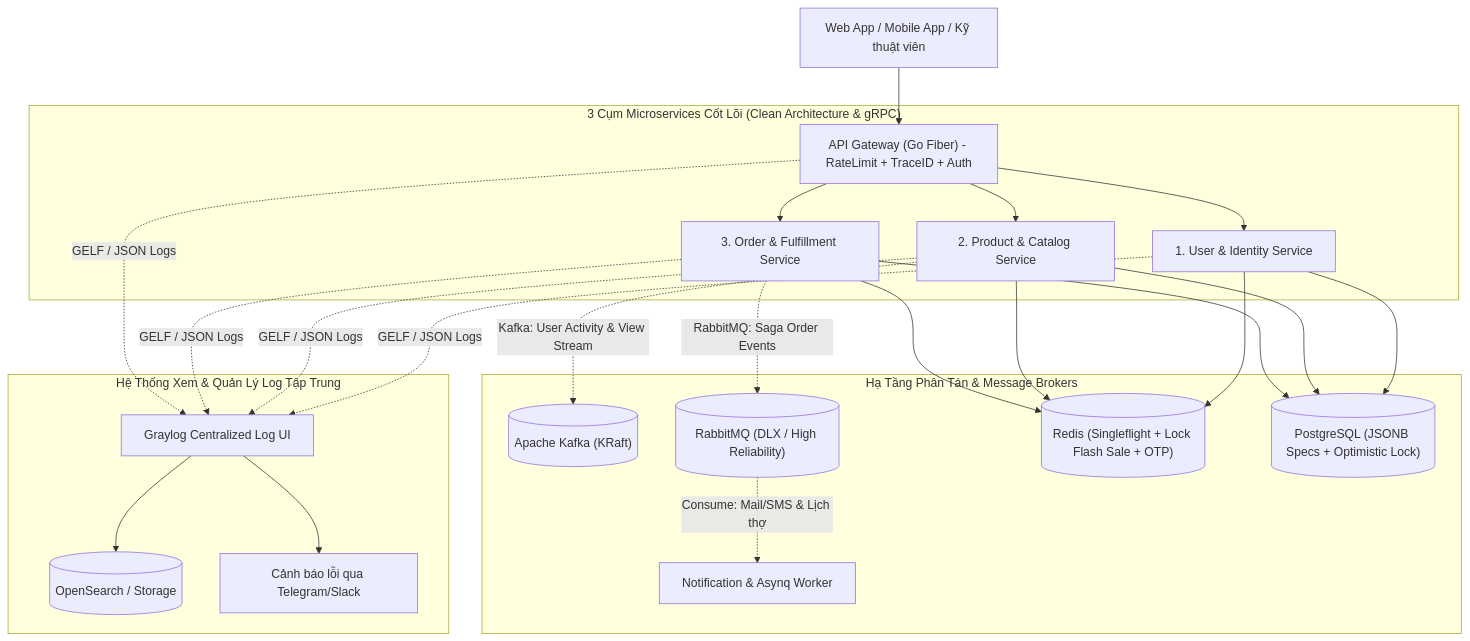
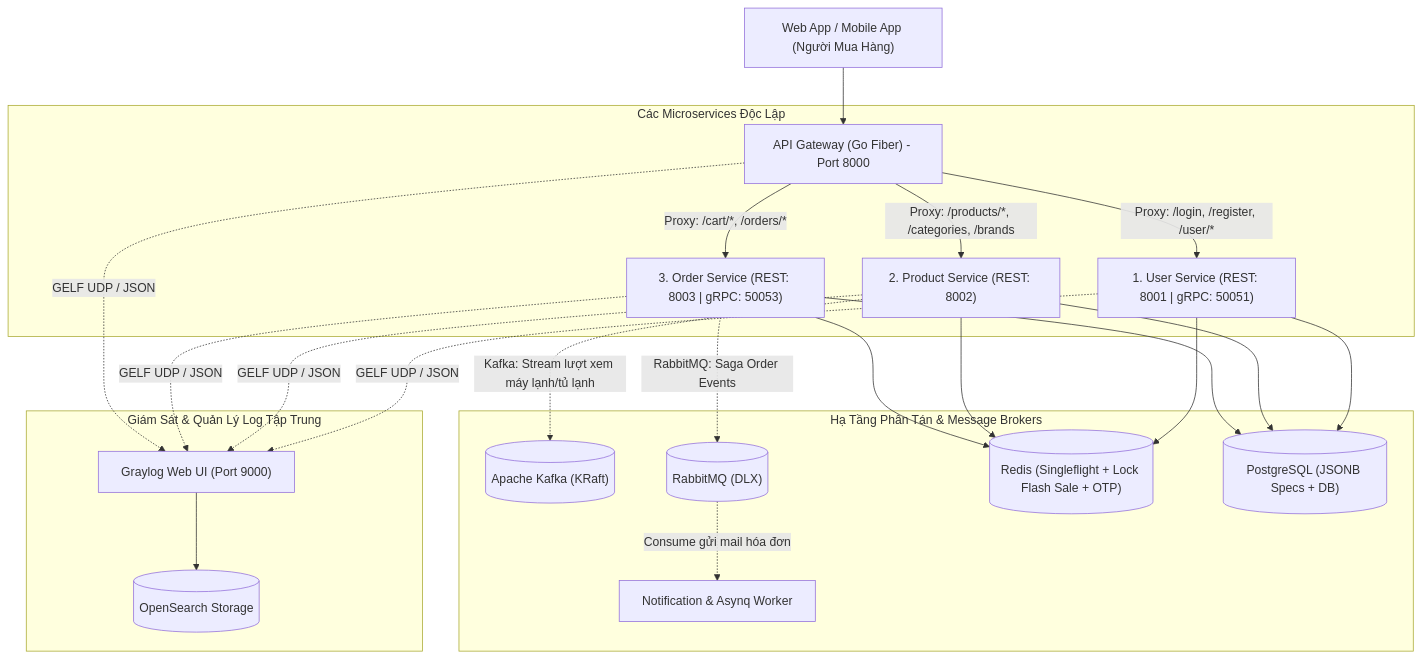
Before and after one commit to PearTNhat/microservice-ecomerce: the first of 2 diagrams in ROADMAP_MICROSERVICES.md, drawn with Mermaid. The commit also changed other lines of this file and 20 other files, not shown here.

Commit message:
feat: implement product microservice with Redis caching, Kafka event tracking, and singleflight optimization

````diff
--- a/ROADMAP_MICROSERVICES.md
+++ b/ROADMAP_MICROSERVICES.md
@@ -12,24 +12,23 @@
 ```mermaid
 graph TB
-    Client["Web App / Mobile App / Kỹ thuật viên"] --> Gateway["API Gateway (Go Fiber) - RateLimit + TraceID + Auth"]
+    Client["Web App / Mobile App (Người Mua Hàng)"] --> Gateway["API Gateway (Go Fiber) - Port 8000"]
 
-    subgraph CoreServices["3 Cụm Microservices Cốt Lõi (Clean Architecture & gRPC)"]
-        Gateway --> S1["1. User & Identity Service"]
-        Gateway --> S2["2. Product & Catalog Service"]
-        Gateway --> S3["3. Order & Fulfillment Service"]
+    subgraph IndependentMicroservices["Các Microservices Độc Lập"]
+        Gateway -->|"Proxy: /login, /register, /user/*"| S1["1. User Service (REST: 8001 | gRPC: 50051)"]
+        Gateway -->|"Proxy: /products/*, /categories, /brands"| S2["2. Product Service (REST: 8002)"]
+        Gateway -->|"Proxy: /cart/*, /orders/*"| S3["3. Order Service (REST: 8003 | gRPC: 50053)"]
     end
 
-    subgraph ObservabilityLayer["Hệ Thống Xem & Quản Lý Log Tập Trung"]
-        S1 & S2 & S3 & Gateway -.->|"GELF / JSON Logs"| Graylog["Graylog Centralized Log UI"]
-        Graylog --> OpenSearch[("OpenSearch / Storage")]
-        Graylog --> Alert["Cảnh báo lỗi qua Telegram/Slack"]
+    subgraph ObservabilityLayer["Giám Sát & Quản Lý Log Tập Trung"]
+        S1 & S2 & S3 & Gateway -.->|"GELF UDP / JSON"| Graylog["Graylog Web UI (Port 9000)"]
+        Graylog --> OpenSearch[("OpenSearch Storage")]
     end
 
     subgraph EnterpriseInfra["Hạ Tầng Phân Tán & Message Brokers"]
-        S2 -.->|"Kafka: User Activity & View Stream"| KAFKA[("Apache Kafka (KRaft)")]
-        S3 -.->|"RabbitMQ: Saga Order Events"| RMQ[("RabbitMQ (DLX / High Reliability)")]
-        RMQ -.->|"Consume: Mail/SMS & Lịch thợ"| WORKER["Notification & Asynq Worker"]
+        S2 -.->|"Kafka: Stream lượt xem máy lạnh/tủ lạnh"| KAFKA[("Apache Kafka (KRaft)")]
+        S3 -.->|"RabbitMQ: Saga Order Events"| RMQ[("RabbitMQ (DLX)")]
+        RMQ -.->|"Consume gửi mail hóa đơn"| WORKER["Notification & Asynq Worker"]
         S1 & S2 & S3 --> REDIS[("Redis (Singleflight + Lock Flash Sale + OTP)")]
-        S1 & S2 & S3 --> PG[("PostgreSQL (JSONB Specs + Optimistic Lock)")]
+        S1 & S2 & S3 --> PG[("PostgreSQL (JSONB Specs + DB)")]
     end
 ```
````
